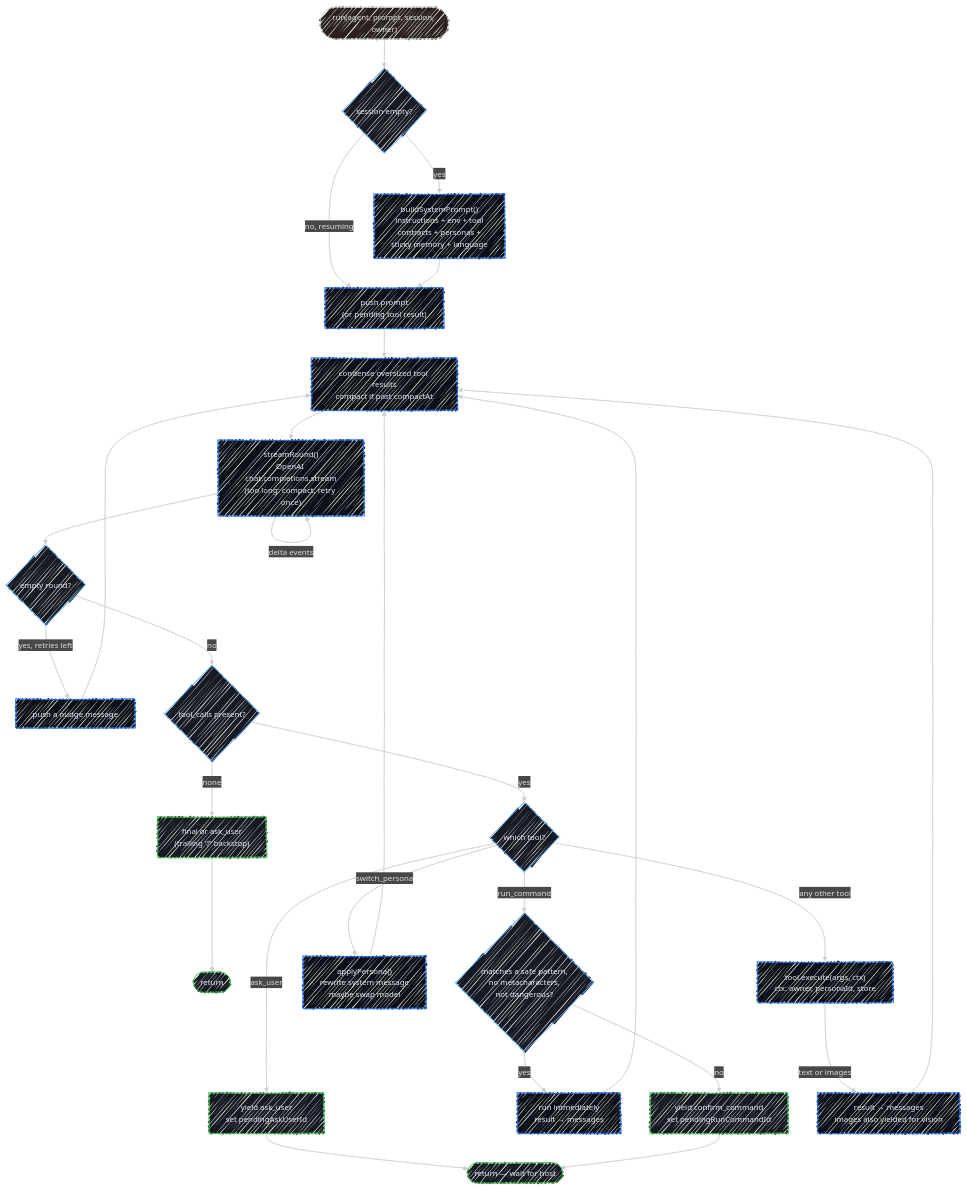
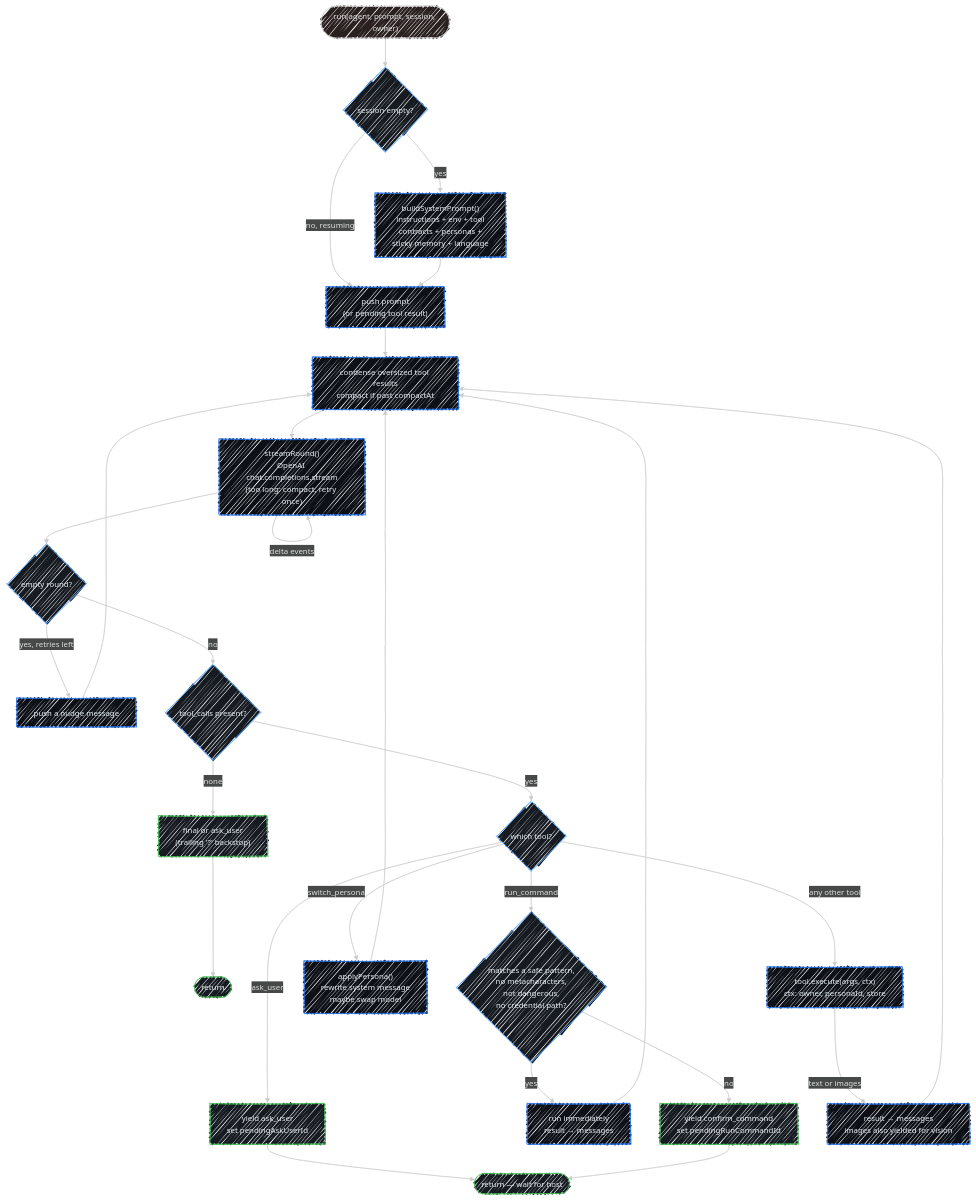
The second of 2 diagrams in docs/development/nasi.md (SubZtep/kaja), drawn with Mermaid before and after one commit. The commit also changed other lines of this file and 101 other files, not shown here.

````diff
--- a/docs/development/nasi.md
+++ b/docs/development/nasi.md
@@ -131,38 +131,38 @@
 ```mermaid
 ---
 config:
   look: handDrawn
   theme: neo-dark
 ---
 flowchart TD
     Start(["run(agent, prompt, session, owner)"]) --> Sys{"session empty?"}
     Sys -->|yes| Build["buildSystemPrompt()<br>instructions + env + tool<br>contracts + personas +<br>sticky memory + language"]
     Sys -->|no, resuming| Push
     Build --> Push["push prompt<br>(or pending tool result)"]
 
     Push --> Fit["condense oversized tool results<br>compact if past compactAt"]
     Fit --> Call["streamRound()<br>OpenAI chat.completions.stream<br>(too long: compact, retry once)"]
     Call -->|"delta events"| Call
 
     Call --> Empty{"empty round?"}
     Empty -->|"yes, retries left"| Nudge["push a nudge message"] --> Fit
     Empty -->|no| Calls{"tool_calls present?"}
 
     Calls -->|none| Final["final or ask_user<br>(trailing '?' backstop)"] --> Done(["return"])
 
     Calls -->|yes| Dispatch{"which tool?"}
     Dispatch -->|"ask_user"| AskEv["yield ask_user<br>set pendingAskUserId"] --> Wait(["return — wait for host"])
-    Dispatch -->|"run_command"| Risk{"matches a safe pattern,<br>no metacharacters,<br>not dangerous?"}
+    Dispatch -->|"run_command"| Risk{"matches a safe pattern,<br>no metacharacters,<br>not dangerous,<br>no credential path?"}
     Risk -->|yes| AutoRun["run immediately<br>result → messages"] --> Fit
     Risk -->|no| ConfirmEv["yield confirm_command<br>set pendingRunCommandId"] --> Wait
     Dispatch -->|"switch_persona"| Switch["applyPersona()<br>rewrite system message<br>maybe swap model"] --> Fit
     Dispatch -->|"any other tool"| Exec["tool.execute(args, ctx)<br>ctx: owner, personaId, store"]
     Exec -->|"text or images"| Result["result → messages<br>images also yielded for vision"] --> Fit
 
     classDef decision fill:#161b22,stroke:#58a6ff,color:#e6edf3
     classDef action fill:#0d1117,stroke:#1f6feb,color:#e6edf3
     classDef stop fill:#161b22,stroke:#3fb950,color:#e6edf3
     class Sys,Empty,Calls,Dispatch,Risk decision
     class Build,Push,Fit,Call,Nudge,AutoRun,Switch,Exec,Result action
     class Final,Done,AskEv,Wait,ConfirmEv stop
 ```
````
